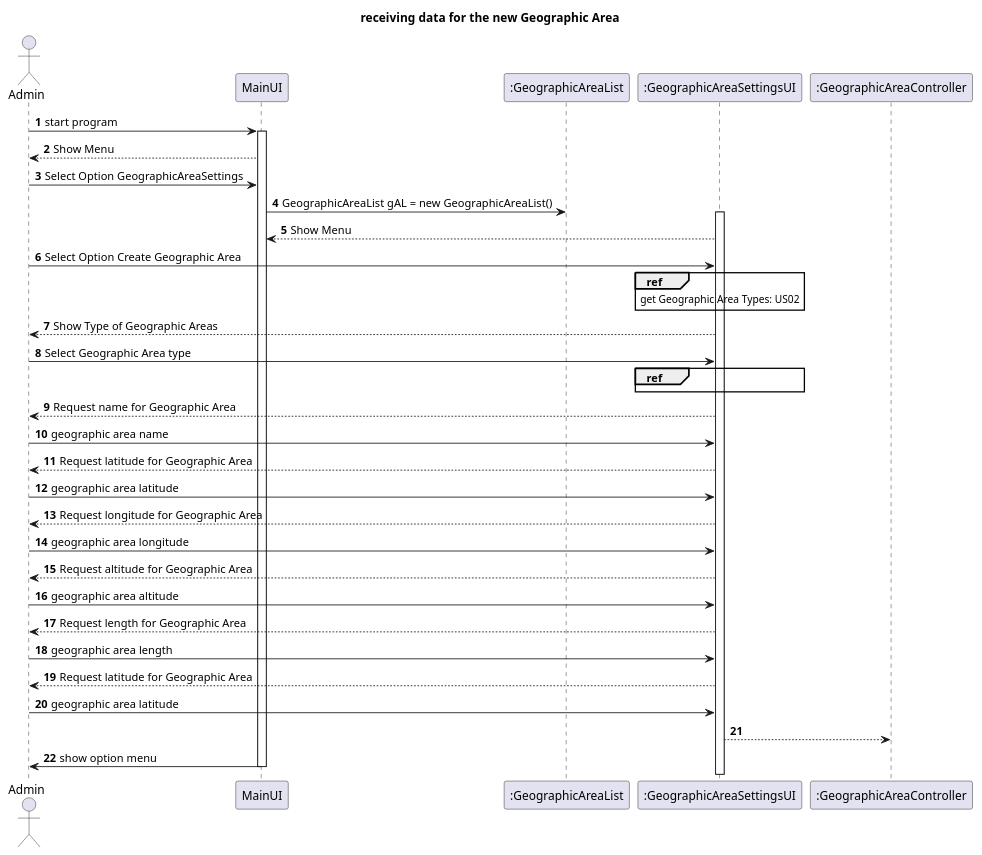
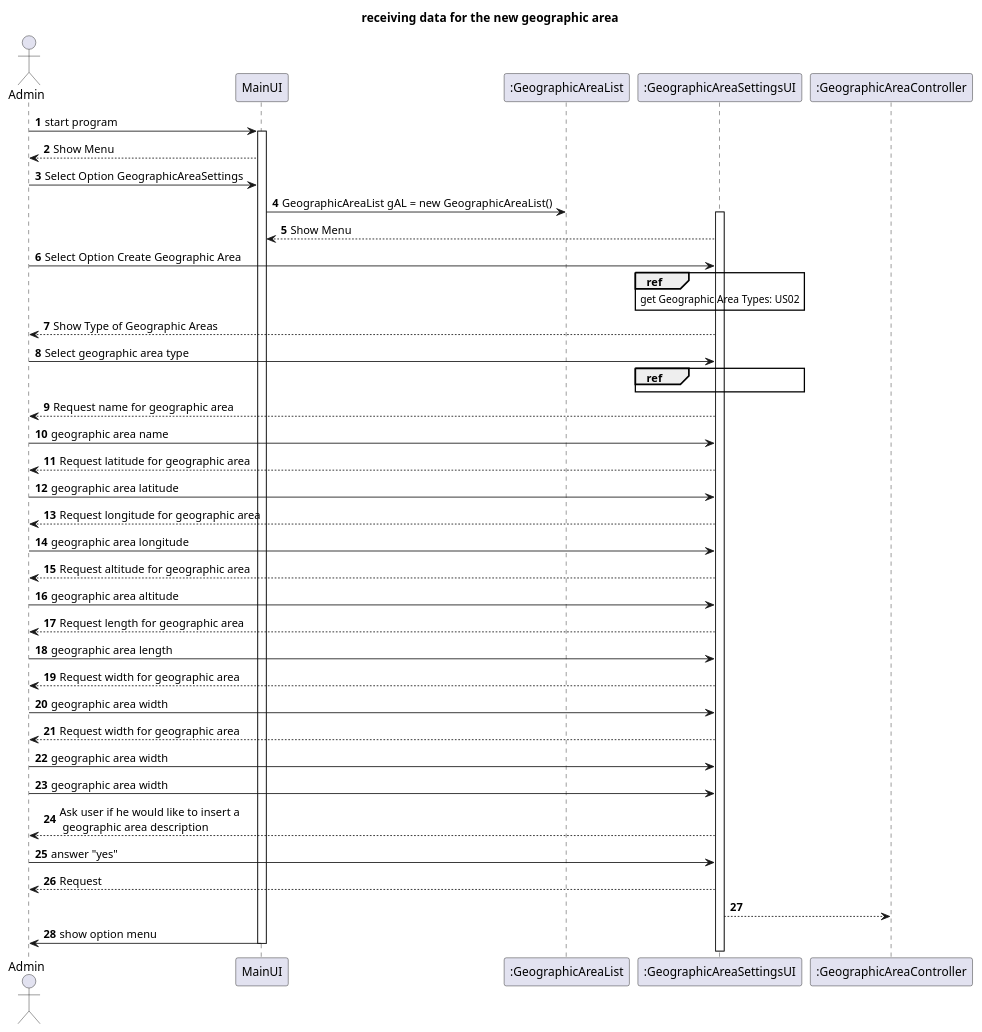
One commit to Almadanmp/project changed the diagram in uml/US03.puml. Above: the diagram before and after it, drawn with PlantUML. The commit also changed 6 other files, not shown here.

```diff
--- a/uml/US03.puml
+++ b/uml/US03.puml
@@ -1,53 +1,62 @@
 @startuml
 
 title US03 \n Create a Geographic Area \n Success Case
 
 autonumber
 
 actor Admin
 
 Admin -> MainUI: start program
 activate MainUI
 MainUI --> Admin: Show Menu
 Admin -> MainUI: Select Option GeographicAreaSettings
 MainUI -> ":GeographicAreaList": GeographicAreaList gAL = new GeographicAreaList()
 activate ":GeographicAreaSettingsUI"
 ":GeographicAreaSettingsUI" --> MainUI: Show Menu
 Admin ->  ":GeographicAreaSettingsUI": Select Option Create Geographic Area
 Ref over  ":GeographicAreaSettingsUI"
 get Geographic Area Types: US02
 end ref
 ":GeographicAreaSettingsUI" --> Admin: Show Type of Geographic Areas
- Admin ->  ":GeographicAreaSettingsUI": Select Geographic Area type
+ Admin ->  ":GeographicAreaSettingsUI": Select geographic area type
 Ref over ":GeographicAreaSettingsUI":
-Title: receiving data for the new Geographic Area
-":GeographicAreaSettingsUI" --> Admin: Request name for Geographic Area
+Title: receiving data for the new geographic area
+":GeographicAreaSettingsUI" --> Admin: Request name for geographic area
 Admin -> ":GeographicAreaSettingsUI": geographic area name
-":GeographicAreaSettingsUI" --> Admin: Request latitude for Geographic Area
+":GeographicAreaSettingsUI" --> Admin: Request latitude for geographic area
 Admin -> ":GeographicAreaSettingsUI": geographic area latitude
-":GeographicAreaSettingsUI" --> Admin: Request longitude for Geographic Area
+":GeographicAreaSettingsUI" --> Admin: Request longitude for geographic area
 Admin -> ":GeographicAreaSettingsUI": geographic area longitude
-":GeographicAreaSettingsUI" --> Admin: Request altitude for Geographic Area
+":GeographicAreaSettingsUI" --> Admin: Request altitude for geographic area
 Admin -> ":GeographicAreaSettingsUI": geographic area altitude
-":GeographicAreaSettingsUI" --> Admin: Request length for Geographic Area
+":GeographicAreaSettingsUI" --> Admin: Request length for geographic area
 Admin -> ":GeographicAreaSettingsUI": geographic area length
-":GeographicAreaSettingsUI" --> Admin: Request latitude for Geographic Area
-Admin -> ":GeographicAreaSettingsUI": geographic area latitude
+":GeographicAreaSettingsUI" --> Admin: Request width for geographic area
+Admin -> ":GeographicAreaSettingsUI": geographic area width
+":GeographicAreaSettingsUI" --> Admin: Request width for geographic area
+Admin -> ":GeographicAreaSettingsUI": geographic area width
+Admin -> ":GeographicAreaSettingsUI": geographic area width
+":GeographicAreaSettingsUI" --> Admin: Ask user if he would like to insert a \n geographic area description
+Admin -> ":GeographicAreaSettingsUI": answer "yes"
+":GeographicAreaSettingsUI" --> Admin: Request
+
+
+
 
 
 
 
 
 ":GeographicAreaSettingsUI" --> ":GeographicAreaController":
 
 
 
 
 
 
 MainUI -> Admin: show option menu
 
 deactivate MainUI
 
 
 @enduml
```
